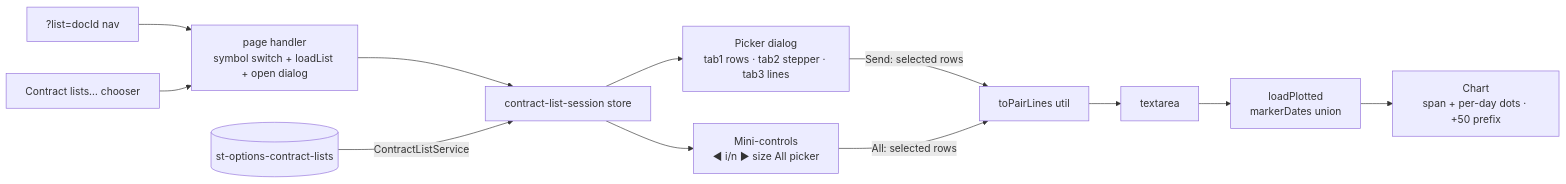
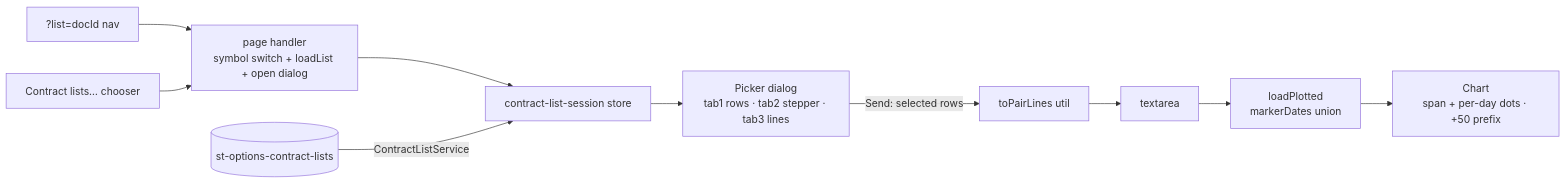
The diagram in docs/topics/1243-options/1243-1352-1358-IMPL-OPTIONS-FE-option-contract-viewer-contract-list-picker.md (rinebob/rel-str), drawn with Mermaid before and after one commit. The commit also changed other lines of this file and 4 other files, not shown here.

````diff
--- a/docs/topics/1243-options/1243-1352-1358-IMPL-OPTIONS-FE-option-contract-viewer-contract-list-picker.md
+++ b/docs/topics/1243-options/1243-1352-1358-IMPL-OPTIONS-FE-option-contract-viewer-contract-list-picker.md
@@ -36,13 +37,11 @@
 ```mermaid
 flowchart LR
     Q[?list=docId nav] --> H[page handler<br/>symbol switch + loadList + open dialog]
     C[Contract lists… chooser] --> H
     H --> SS[contract-list-session store]
     FS[(st-options-contract-lists)] -->|ContractListService| SS
     SS --> D[Picker dialog<br/>tab1 rows · tab2 stepper · tab3 lines]
-    SS --> M[Mini-controls<br/>◀ i/n ▶ size All picker]
     D -->|Send: selected rows| E[toPairLines util]
-    M -->|All: selected rows| E
     E --> TA[textarea] --> LP[loadPlotted<br/>markerDates union]
     LP --> CH[Chart<br/>span + per-day dots · +50 prefix]
 ```
````
